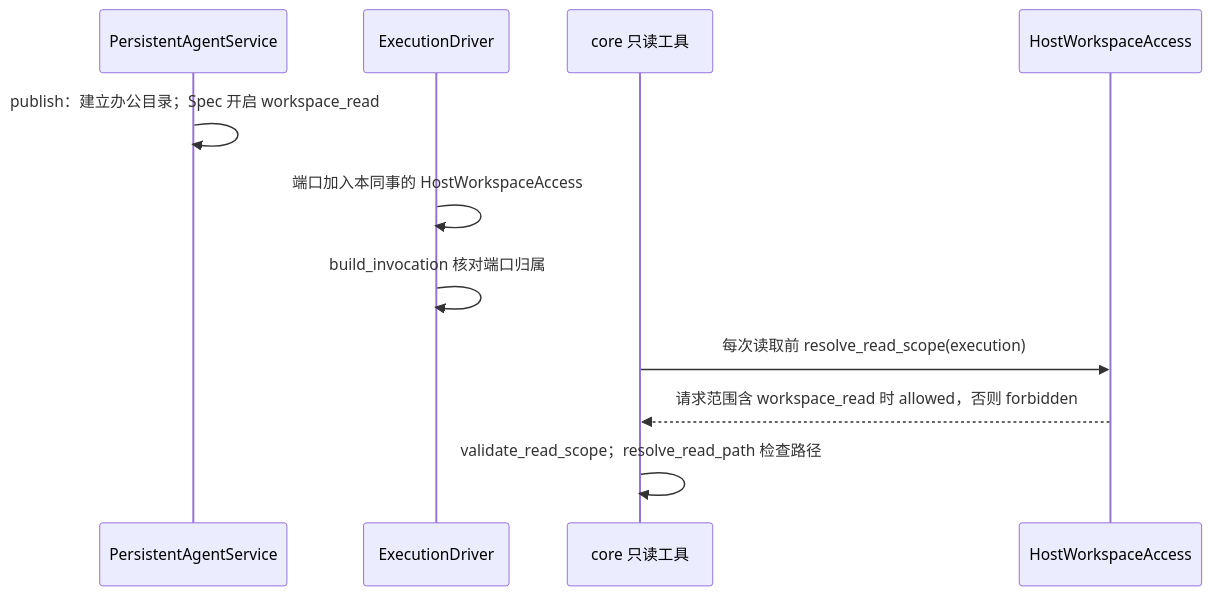
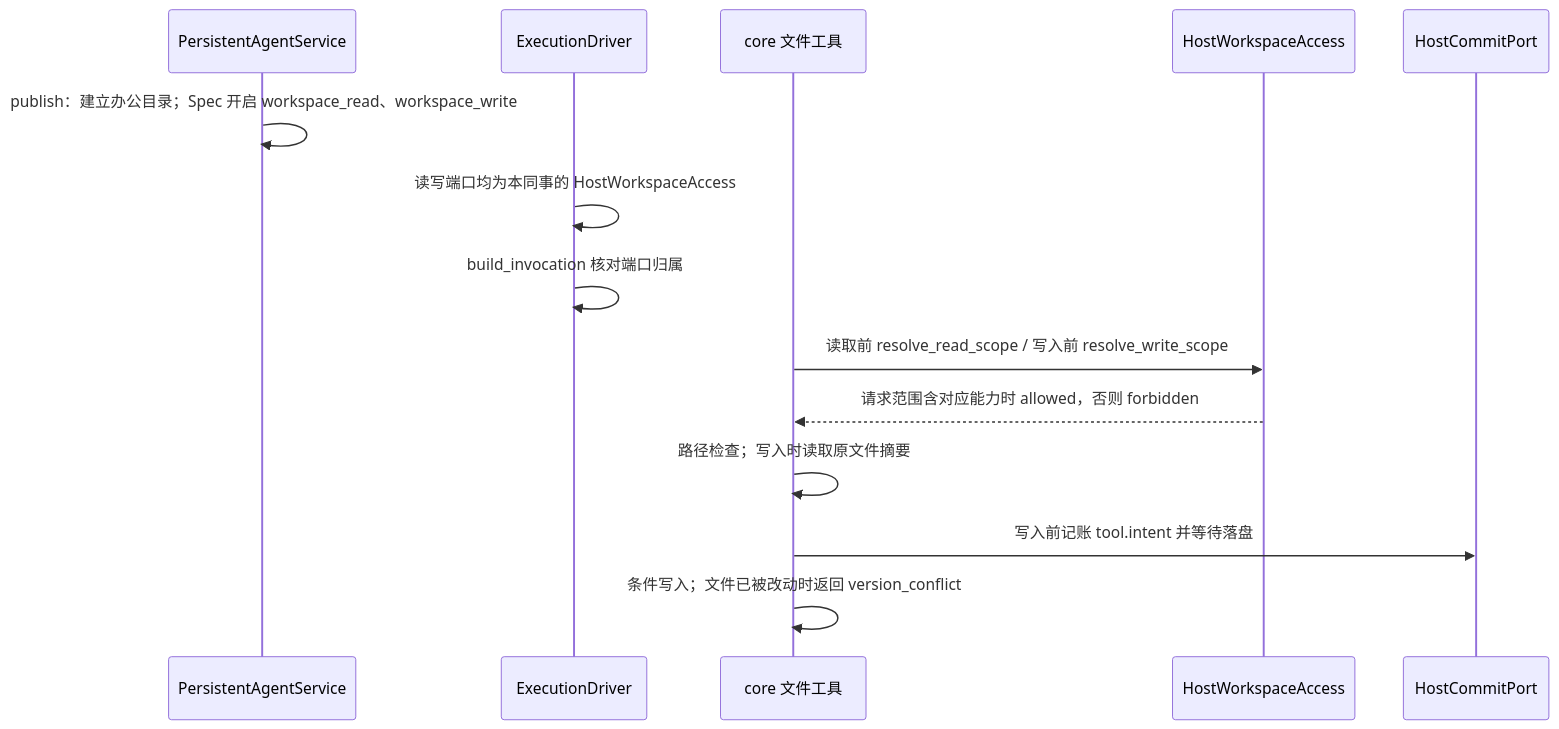
Before and after one commit to openJiuwen-ai/jiuwenswarm: the diagram in jiuwenswarm/server/jiuwenmate/docs/features/F_14_workspace-read.md, drawn with Mermaid. The commit also changed other lines of this file and 11 other files, not shown here.

````diff
--- a/jiuwenswarm/server/jiuwenmate/docs/features/F_14_workspace-read.md
+++ b/jiuwenswarm/server/jiuwenmate/docs/features/F_14_workspace-read.md
@@ -63,13 +71,16 @@
 ```mermaid
 sequenceDiagram
     participant Svc as PersistentAgentService
     participant Drv as ExecutionDriver
-    participant Core as core 只读工具
+    participant Core as core 文件工具
     participant Port as HostWorkspaceAccess
-    Svc->>Svc: publish：建立办公目录；Spec 开启 workspace_read
-    Drv->>Drv: 端口加入本同事的 HostWorkspaceAccess
+    participant Commit as HostCommitPort
+    Svc->>Svc: publish：建立办公目录；Spec 开启 workspace_read、workspace_write
+    Drv->>Drv: 读写端口均为本同事的 HostWorkspaceAccess
     Drv->>Drv: build_invocation 核对端口归属
-    Core->>Port: 每次读取前 resolve_read_scope(execution)
-    Port-->>Core: 请求范围含 workspace_read 时 allowed，否则 forbidden
-    Core->>Core: validate_read_scope；resolve_read_path 检查路径
+    Core->>Port: 读取前 resolve_read_scope / 写入前 resolve_write_scope
+    Port-->>Core: 请求范围含对应能力时 allowed，否则 forbidden
+    Core->>Core: 路径检查；写入时读取原文件摘要
+    Core->>Commit: 写入前记账 tool.intent 并等待落盘
+    Core->>Core: 条件写入；文件已被改动时返回 version_conflict
 ```
````
